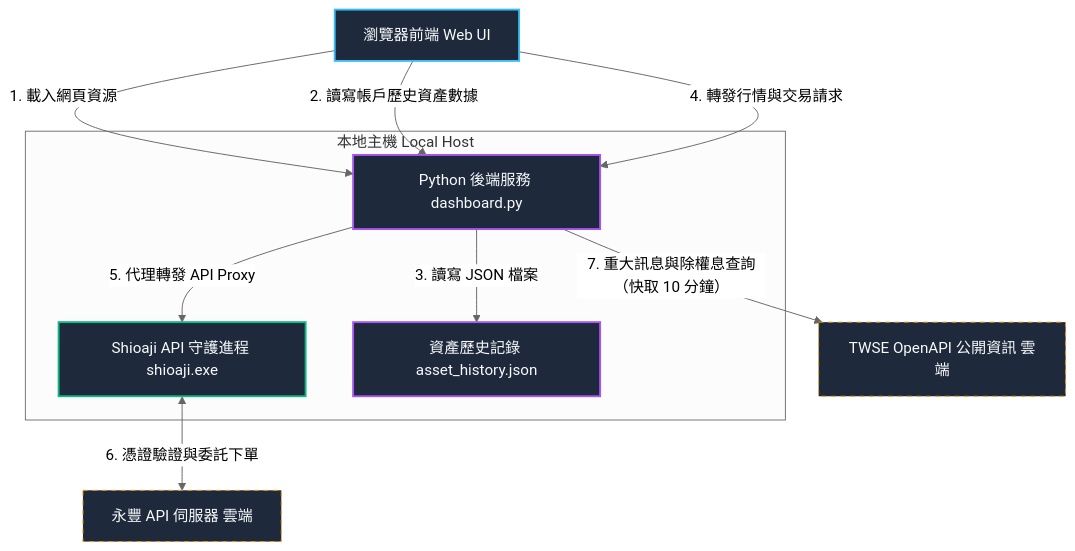
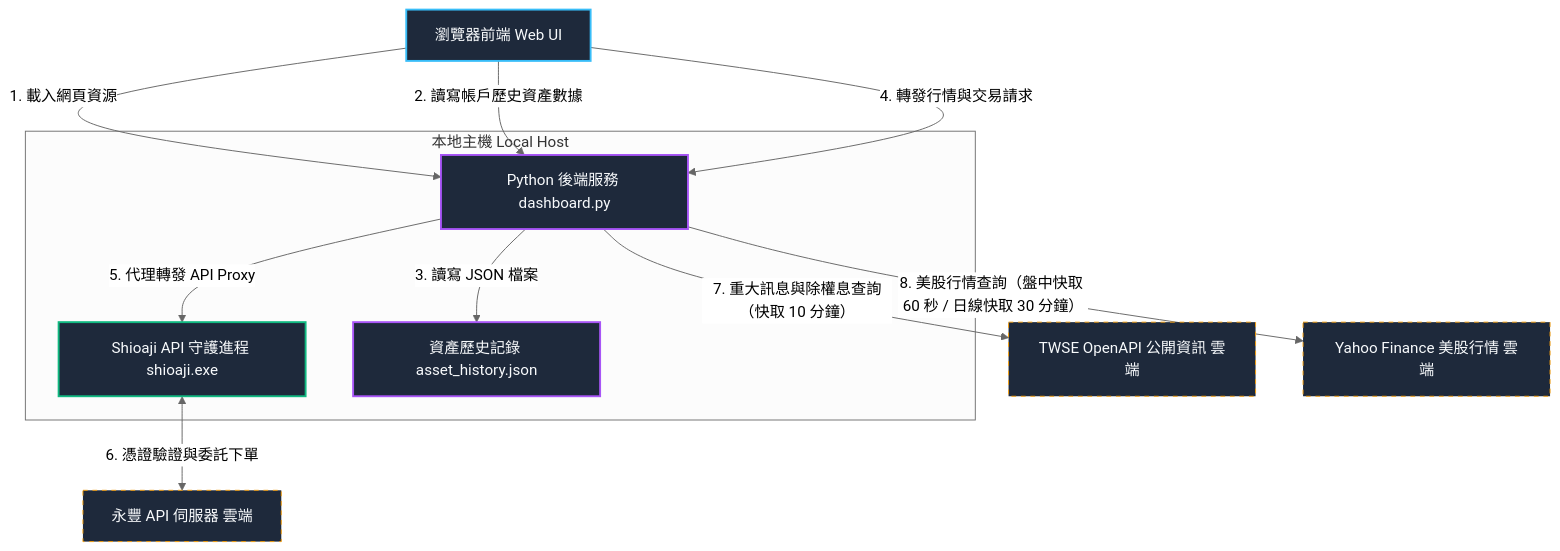
The diagram in README.md (rowjk/StockGenie), drawn with Mermaid (neutral theme) before and after one commit. The commit also changed other lines of this file and 7 other files, not shown here.

First line of the commit message:
feat: add US market watchlist tab with Yahoo Finance proxy (v1.5.0)

````diff
--- a/README.md
+++ b/README.md
@@ -18,31 +20,33 @@
 ```mermaid
 graph TD
     %% Styling
     classDef browser fill:#1e293b,stroke:#38bdf8,stroke-width:2px,color:#f8fafc;
     classDef pyServer fill:#1e293b,stroke:#a855f7,stroke-width:2px,color:#f8fafc;
     classDef localDaemon fill:#1e293b,stroke:#10b981,stroke-width:2px,color:#f8fafc;
     classDef remote fill:#1e293b,stroke:#f59e0b,stroke-width:1px,color:#f8fafc,stroke-dasharray: 5 5;
 
     %% Nodes
     Browser["瀏覽器前端 Web UI"]:::browser
 
     subgraph "本地主機 Local Host"
         PyServer["Python 後端服務 dashboard.py"]:::pyServer
         ShioajiServer["Shioaji API 守護進程 shioaji.exe"]:::localDaemon
         JsonDB["資產歷史記錄 asset_history.json"]:::pyServer
     end
 
     RemoteSinoPac["永豐 API 伺服器 雲端"]:::remote
     RemoteTWSE["TWSE OpenAPI 公開資訊 雲端"]:::remote
+    RemoteYahoo["Yahoo Finance 美股行情 雲端"]:::remote
 
     %% Relationships
     Browser -->|"1. 載入網頁資源"| PyServer
     Browser -->|"2. 讀寫帳戶歷史資產數據"| PyServer
     PyServer -->|"3. 讀寫 JSON 檔案"| JsonDB
     
     Browser -->|"4. 轉發行情與交易請求"| PyServer
     PyServer -->|"5. 代理轉發 API Proxy"| ShioajiServer
     
     ShioajiServer <-->|"6. 憑證驗證與委託下單"| RemoteSinoPac
     PyServer -->|"7. 重大訊息與除權息查詢（快取 10 分鐘）"| RemoteTWSE
+    PyServer -->|"8. 美股行情查詢（盤中快取 60 秒 / 日線快取 30 分鐘）"| RemoteYahoo
 ```
````
